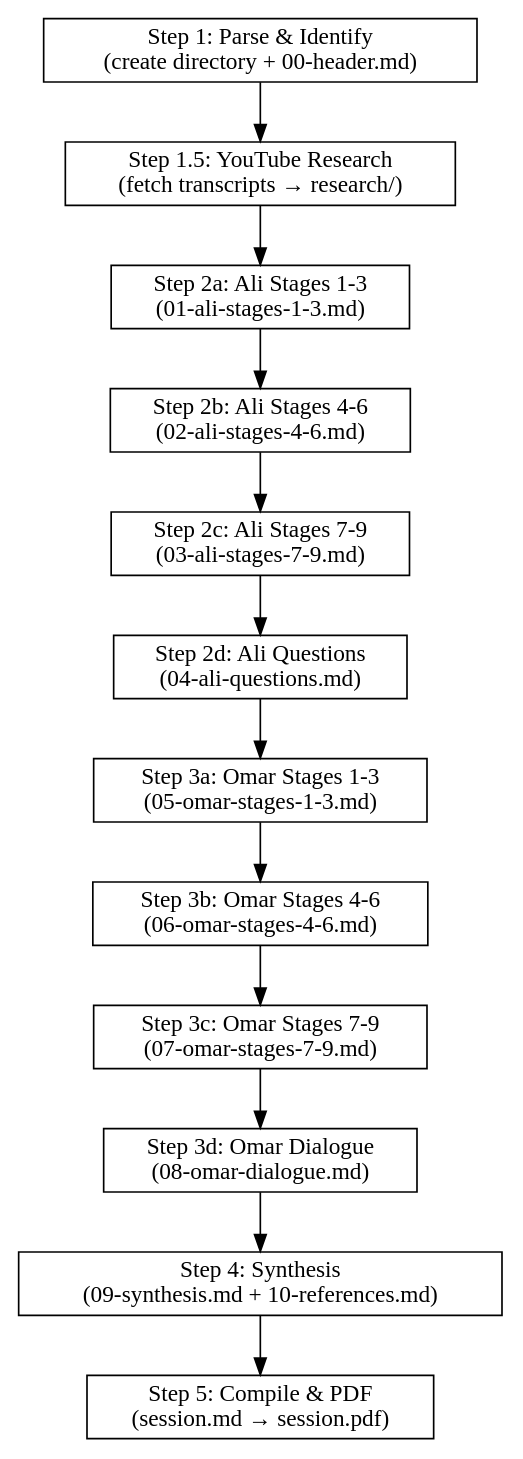
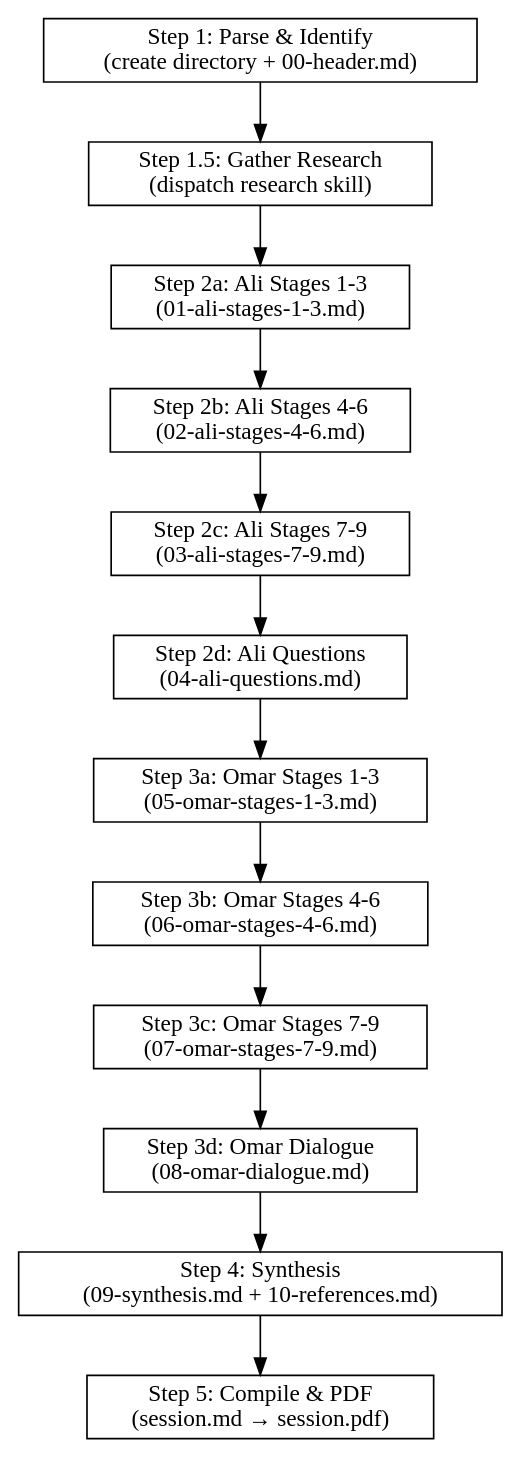
Before and after one commit to FayazK/AI-Ustadh: the diagram in .claude/skills/recite/SKILL.md, drawn with Graphviz. The commit also changed other lines of this file, not shown here.

Commit message:
refactor: recite skill delegates research to centralized research skill

````diff
--- a/.claude/skills/recite/SKILL.md
+++ b/.claude/skills/recite/SKILL.md
@@ -44,23 +44,23 @@
 ```dot
 digraph recite_flow {
     rankdir=TB;
     node [shape=box];
 
     parse [label="Step 1: Parse & Identify\n(create directory + 00-header.md)"];
-    research [label="Step 1.5: YouTube Research\n(fetch transcripts → research/)"];
+    research [label="Step 1.5: Gather Research\n(dispatch research skill)"];
     ali1 [label="Step 2a: Ali Stages 1-3\n(01-ali-stages-1-3.md)"];
     ali2 [label="Step 2b: Ali Stages 4-6\n(02-ali-stages-4-6.md)"];
     ali3 [label="Step 2c: Ali Stages 7-9\n(03-ali-stages-7-9.md)"];
     aliq [label="Step 2d: Ali Questions\n(04-ali-questions.md)"];
     omar1 [label="Step 3a: Omar Stages 1-3\n(05-omar-stages-1-3.md)"];
     omar2 [label="Step 3b: Omar Stages 4-6\n(06-omar-stages-4-6.md)"];
     omar3 [label="Step 3c: Omar Stages 7-9\n(07-omar-stages-7-9.md)"];
     omard [label="Step 3d: Omar Dialogue\n(08-omar-dialogue.md)"];
     synth [label="Step 4: Synthesis\n(09-synthesis.md + 10-references.md)"];
     compile [label="Step 5: Compile & PDF\n(session.md → session.pdf)"];
 
     parse -> research -> ali1 -> ali2 -> ali3 -> aliq;
     aliq -> omar1 -> omar2 -> omar3 -> omard;
     omard -> synth -> compile;
 }
 ```
````
